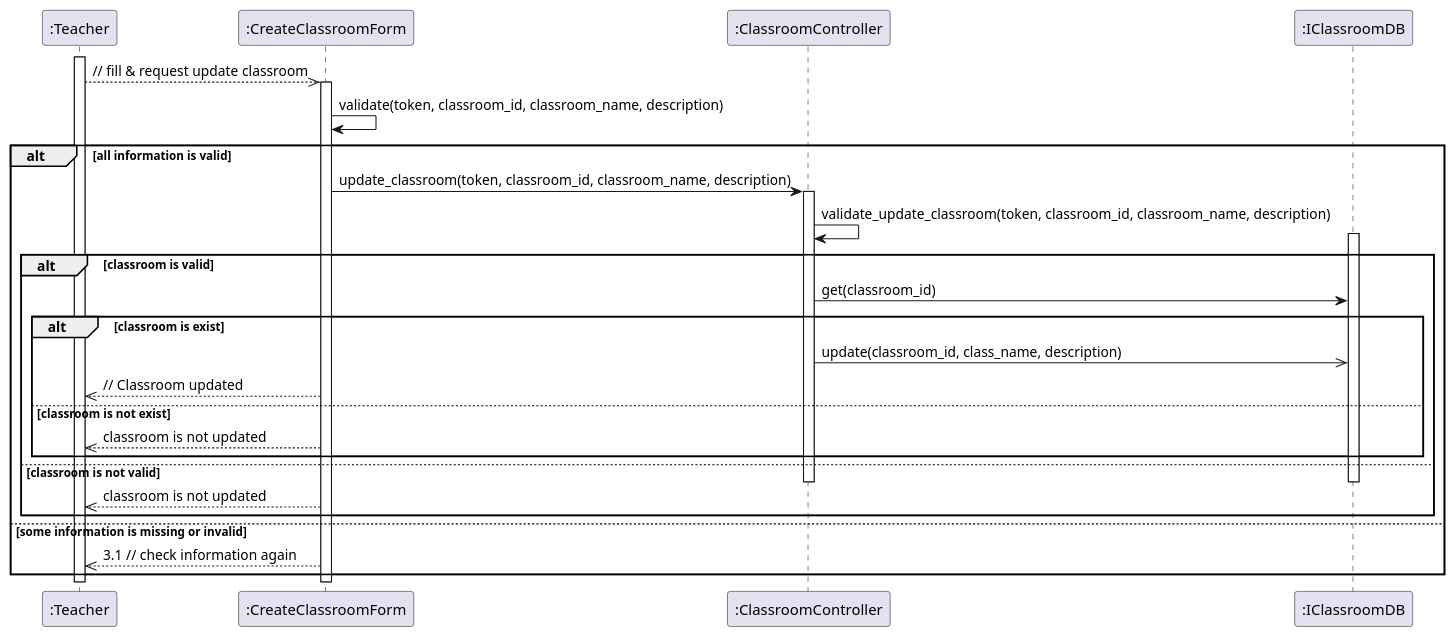
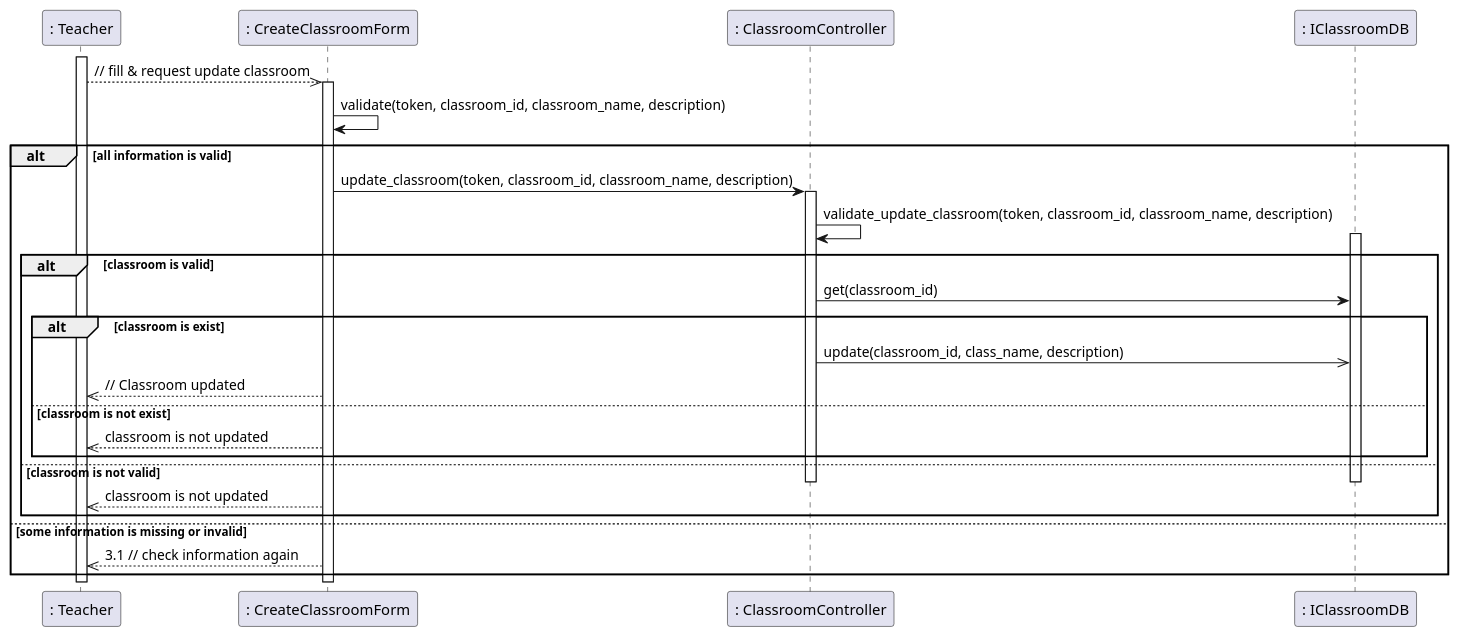
One commit to anonyhostvn/OOAD-Diagram changed the diagram in sequence - design/classroom/updateClass.plantuml. Above: the diagram before and after it, drawn with PlantUML. The commit also changed 13 other files, not shown here.

```diff
--- a/sequence - design/classroom/updateClass.plantuml
+++ b/sequence - design/classroom/updateClass.plantuml
@@ -1,32 +1,32 @@
 @startuml updateClass
 
-activate ":Teacher"
-":Teacher" -->> ":CreateClassroomForm": // fill & request update classroom
-activate ":CreateClassroomForm"
-":CreateClassroomForm" -> ":CreateClassroomForm": validate(token, classroom_id, classroom_name, description)
+activate ": Teacher"
+": Teacher" -->> ": CreateClassroomForm": // fill & request update classroom
+activate ": CreateClassroomForm"
+": CreateClassroomForm" -> ": CreateClassroomForm": validate(token, classroom_id, classroom_name, description)
 alt all information is valid
-    ":CreateClassroomForm" -> ":ClassroomController": update_classroom(token, classroom_id, classroom_name, description)
-    activate ":ClassroomController"
-    ":ClassroomController" -> ":ClassroomController": validate_update_classroom(token, classroom_id, classroom_name, description)
-    activate ":IClassroomDB"
+    ": CreateClassroomForm" -> ": ClassroomController": update_classroom(token, classroom_id, classroom_name, description)
+    activate ": ClassroomController"
+    ": ClassroomController" -> ": ClassroomController": validate_update_classroom(token, classroom_id, classroom_name, description)
+    activate ": IClassroomDB"
     alt classroom is valid
-        ":ClassroomController" -> ":IClassroomDB": get(classroom_id)
+        ": ClassroomController" -> ": IClassroomDB": get(classroom_id)
         alt classroom is exist
-            ":ClassroomController" ->> ":IClassroomDB": update(classroom_id, class_name, description)
-            ":CreateClassroomForm" -->> ":Teacher": // Classroom updated
+            ": ClassroomController" ->> ": IClassroomDB": update(classroom_id, class_name, description)
+            ": CreateClassroomForm" -->> ": Teacher": // Classroom updated
         else classroom is not exist
-            ":CreateClassroomForm" -->> ":Teacher": classroom is not updated
+            ": CreateClassroomForm" -->> ": Teacher": classroom is not updated
         end
     else classroom is not valid
-        deactivate ":IClassroomDB"
-        deactivate ":ClassroomController"
-        ":CreateClassroomForm" -->> ":Teacher": classroom is not updated
+        deactivate ": IClassroomDB"
+        deactivate ": ClassroomController"
+        ": CreateClassroomForm" -->> ": Teacher": classroom is not updated
     end
 else some information is missing or invalid
-    ":CreateClassroomForm" -->> ":Teacher": 3.1 // check information again
+    ": CreateClassroomForm" -->> ": Teacher": 3.1 // check information again
 end
 
-deactivate ":CreateClassroomForm"
-deactivate ":Teacher"
+deactivate ": CreateClassroomForm"
+deactivate ": Teacher"
 
 @enduml
```
